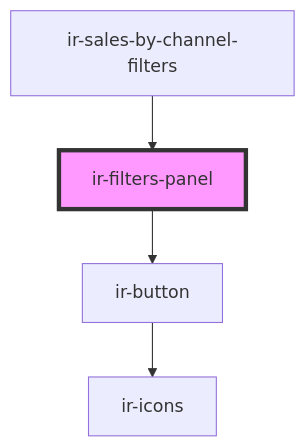
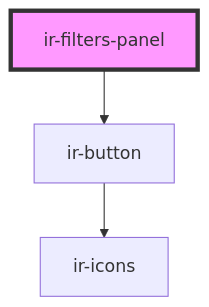
One commit to RonyRizk/ir-webcmp changed the diagram in src/components/ui/ir-filters-panel/readme.md. Above: the diagram before and after it, drawn with Mermaid. The commit also changed other lines of this file and 508 other files, not shown here.

````diff
--- a/src/components/ui/ir-filters-panel/readme.md
+++ b/src/components/ui/ir-filters-panel/readme.md
@@ -55,7 +51,6 @@
 ```mermaid
 graph TD;
   ir-filters-panel --> ir-button
   ir-button --> ir-icons
-  ir-sales-by-channel-filters --> ir-filters-panel
   style ir-filters-panel fill:#f9f,stroke:#333,stroke-width:4px
 ```
````
